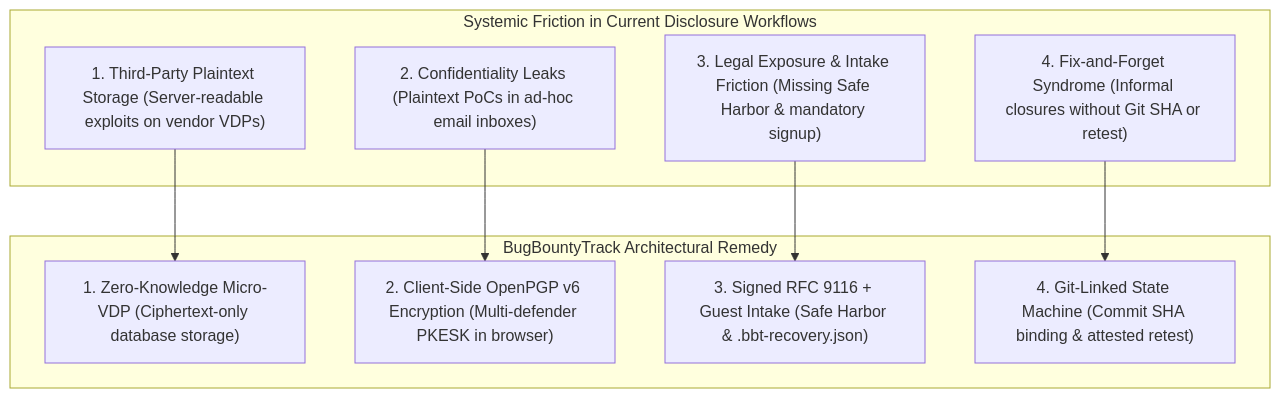
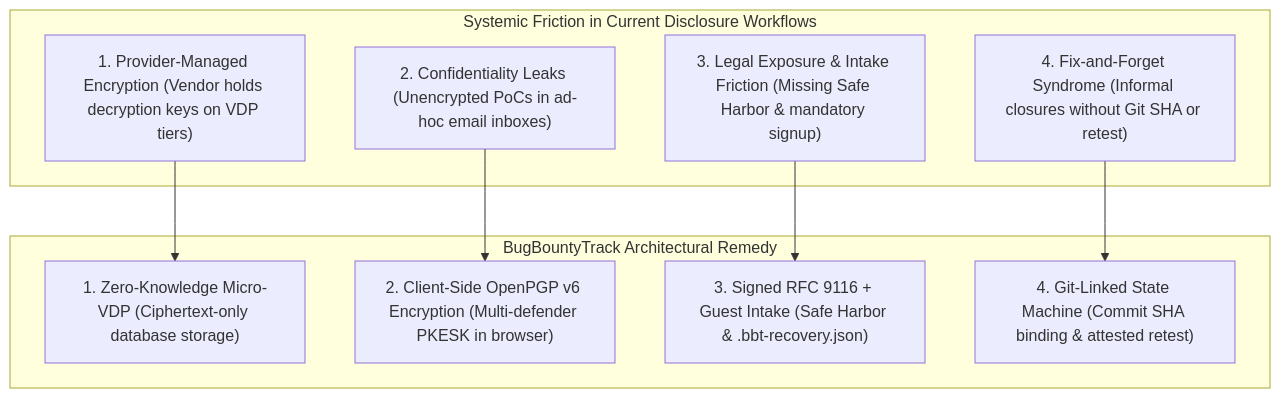
The first of 2 diagrams in requirements/WEEK_1_DISCOVERY_REPORT.md (Taha-Asad/BugBountyTracker), drawn with Mermaid before and after one commit. The commit also changed other lines of this file and 27 other files, not shown here.

Commit message:
docs(srs): upgrade to Revision 2.6 resolving all 7 pre-freeze audit findings and synchronizing diagrams

````diff
--- a/requirements/WEEK_1_DISCOVERY_REPORT.md
+++ b/requirements/WEEK_1_DISCOVERY_REPORT.md
@@ -52,21 +54,21 @@
 ```mermaid
 flowchart TD
     subgraph Friction["Systemic Friction in Current Disclosure Workflows"]
-        F1["1. Third-Party Plaintext Storage (Server-readable exploits on vendor VDPs)"]
-        F2["2. Confidentiality Leaks (Plaintext PoCs in ad-hoc email inboxes)"]
+        F1["1. Provider-Managed Encryption (Vendor holds decryption keys on VDP tiers)"]
+        F2["2. Confidentiality Leaks (Unencrypted PoCs in ad-hoc email inboxes)"]
         F3["3. Legal Exposure & Intake Friction (Missing Safe Harbor & mandatory signup)"]
         F4["4. Fix-and-Forget Syndrome (Informal closures without Git SHA or retest)"]
     end
 
     subgraph Solution["BugBountyTrack Architectural Remedy"]
         S1["1. Zero-Knowledge Micro-VDP (Ciphertext-only database storage)"]
         S2["2. Client-Side OpenPGP v6 Encryption (Multi-defender PKESK in browser)"]
         S3["3. Signed RFC 9116 + Guest Intake (Safe Harbor & .bbt-recovery.json)"]
         S4["4. Git-Linked State Machine (Commit SHA binding & attested retest)"]
     end
 
     F1 --> S1
     F2 --> S2
     F3 --> S3
     F4 --> S4
 ```
````
